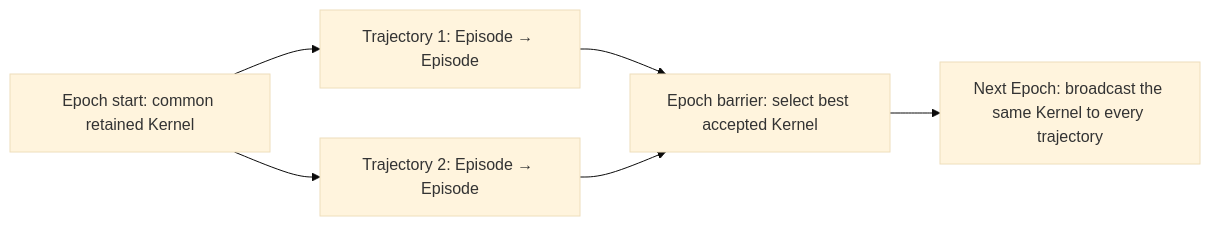
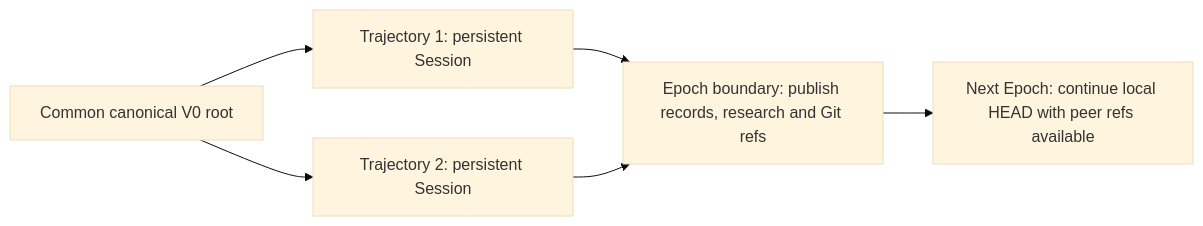
One commit to alibaba/atrex-kernel-agent changed the second of 3 diagrams in docs/optional-light-modules.md. Above: the diagram before and after it, drawn with Mermaid (base theme). The commit also changed other lines of this file and 139 other files, not shown here.

````diff
--- a/docs/optional-light-modules.md
+++ b/docs/optional-light-modules.md
@@ -432,8 +432,8 @@
 ```mermaid
 flowchart LR
-    S["Epoch start: common retained Kernel"] --> A["Trajectory 1: Episode → Episode"]
-    S --> B["Trajectory 2: Episode → Episode"]
-    A --> C["Epoch barrier: select best accepted Kernel"]
+    S["Common canonical V0 root"] --> A["Trajectory 1: persistent Session"]
+    S --> B["Trajectory 2: persistent Session"]
+    A --> C["Epoch boundary: publish records, research and Git refs"]
     B --> C
-    C --> N["Next Epoch: broadcast the same Kernel to every trajectory"]
+    C --> N["Next Epoch: continue local HEAD with peer refs available"]
 ```
````
